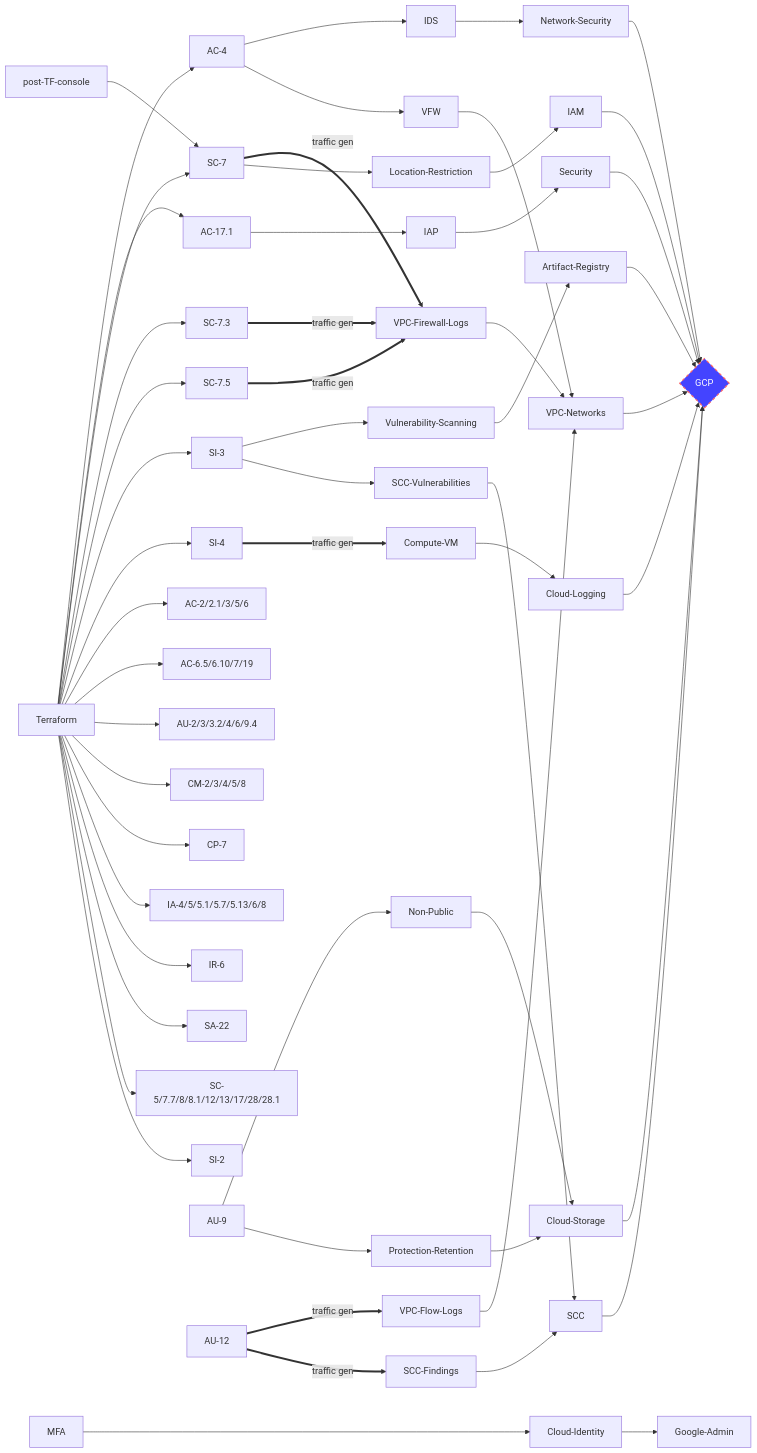
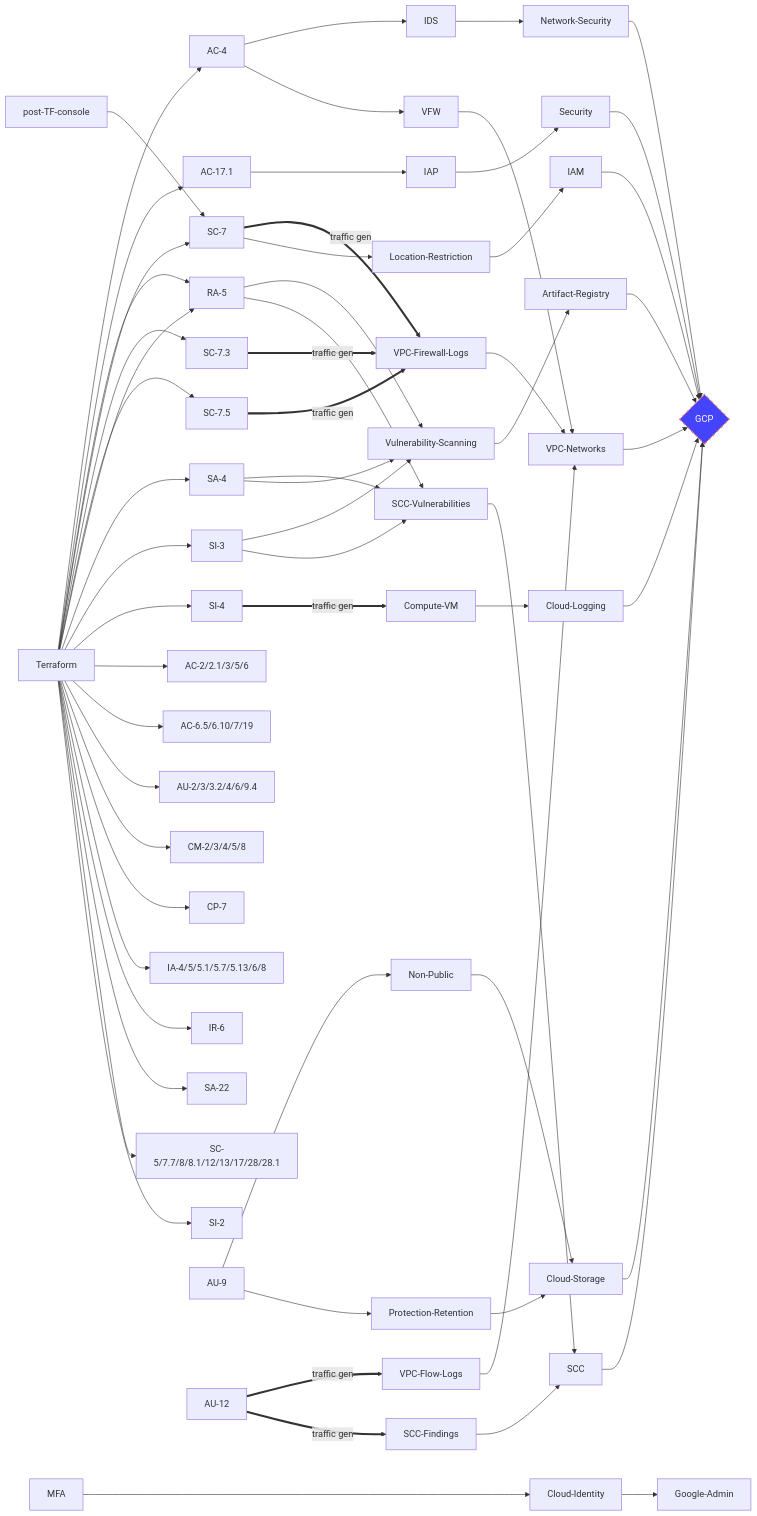
Before and after one commit to GoogleCloudPlatform/pbmm-on-gcp-onboarding: the first of 2 diagrams in docs/google-cloud-security-controls.md, drawn with Mermaid. The commit also changed other lines of this file, not shown here.

````diff
--- a/docs/google-cloud-security-controls.md
+++ b/docs/google-cloud-security-controls.md
@@ -6,66 +6,76 @@
 ```mermaid
 graph LR;
     style GCP fill:#44f,stroke:#f66,stroke-width:2px,color:#fff,stroke-dasharray: 5 5
     Terraform-->AC-4;
     Terraform-->AC-17.1;
+    Terraform-->RA-5;
     Terraform-->SC-7;
     Terraform-->SC-7.3;    
     Terraform-->SC-7.5;
+    Terraform-->RA-5;
+    Terraform-->SA-4
     Terraform-->SI-3;
     Terraform-->SI-4;
+    
     
     Terraform-->AC-2/2.1/3/5/6;
     Terraform-->AC-6.5/6.10/7/19;
     Terraform-->AU-2/3/3.2/4/6/9.4;
     Terraform-->CM-2/3/4/5/8;
     Terraform-->CP-7;
     Terraform-->IA-4/5/5.1/5.7/5.13/6/8;
     Terraform-->IR-6;
     Terraform-->SA-22;
     Terraform-->SC-5/7.7/8/8.1/12/13/17/28/28.1;
     Terraform-->SI-2;
     
     AC-4-->IDS;
     AC-4-->VFW;
     AC-17.1-->IAP;
     
     AU-9-->Non-Public-->Cloud-Storage;
     AU-9-->Protection-Retention-->Cloud-Storage;
     AU-12== traffic gen ==>VPC-Flow-Logs;
     AU-12== traffic gen ==>SCC-Findings;
-    
     SC-7== traffic gen ==>VPC-Firewall-Logs;
     SC-7.3== traffic gen ==>VPC-Firewall-Logs;
     SC-7.5== traffic gen ==>VPC-Firewall-Logs;
     
-    SI-3-->Vulnerability-Scanning-->Artifact-Registry-->GCP;
+    
+    RA-5-->Vulnerability-Scanning;
+    SA-4-->SCC-Vulnerabilities;
+    SA-4-->Vulnerability-Scanning;
+    RA-5-->SCC-Vulnerabilities;
+    SI-3-->Vulnerability-Scanning;
     SI-3-->SCC-Vulnerabilities;
     SI-4== traffic gen ==>Compute-VM;
     
     post-TF-console-->SC-7-->Location-Restriction;
     
-    
     IAP-->Security;
     SCC-Findings-->SCC;
     SCC-Vulnerabilities-->SCC;
+    Vulnerability-Scanning-->Artifact-Registry;
     
     IDS-->Network-Security;
     Compute-VM-->Cloud-Logging;
+
+    Artifact-Registry-->GCP;
     Cloud-Logging-->GCP;
     Cloud-Storage-->GCP;
     IAM-->GCP;
     Location-Restriction-->IAM;
     Network-Security-->GCP;
     SCC-->GCP;
     Security-->GCP;
     MFA---->Cloud-Identity;
     Cloud-Identity-->Google-Admin;
     VFW-->VPC-Networks;
     VPC-Flow-Logs-->VPC-Networks;
     VPC-Firewall-Logs-->VPC-Networks;
     VPC-Networks-->GCP{GCP};
     
 
     
     
 ```
````
